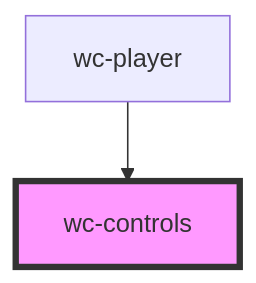
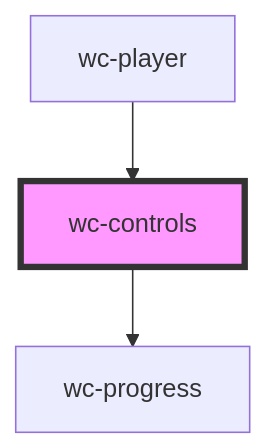
One commit to iChengbo/wcplayer changed the diagram in packages/wcplayer-components/src/components/wc-controls/readme.md. Above: the diagram before and after it, drawn with Mermaid. The commit also changed other lines of this file and 9 other files, not shown here.

Commit message:
feat: move wc-progress into wc-controls

````diff
--- a/packages/wcplayer-components/src/components/wc-controls/readme.md
+++ b/packages/wcplayer-components/src/components/wc-controls/readme.md
@@ -15,5 +34,6 @@
 ```mermaid
 graph TD;
+  wc-controls --> wc-progress
   wc-player --> wc-controls
   style wc-controls fill:#f9f,stroke:#333,stroke-width:4px
 ```
````
